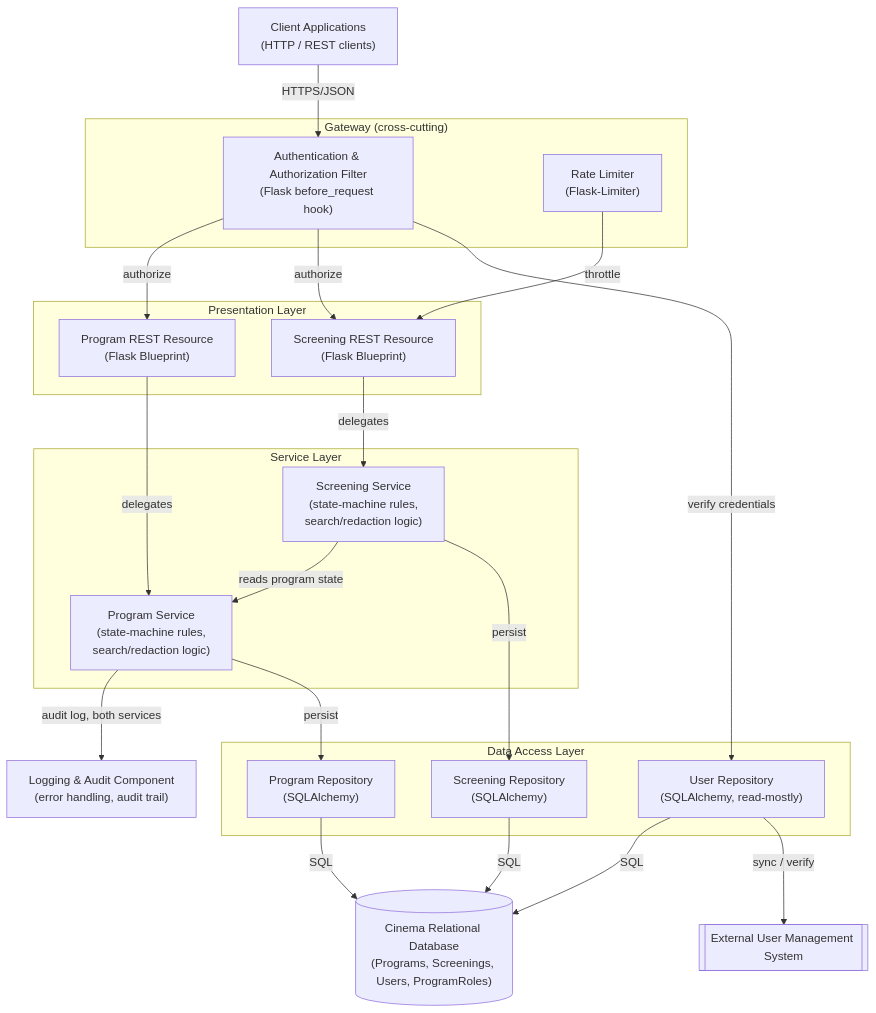
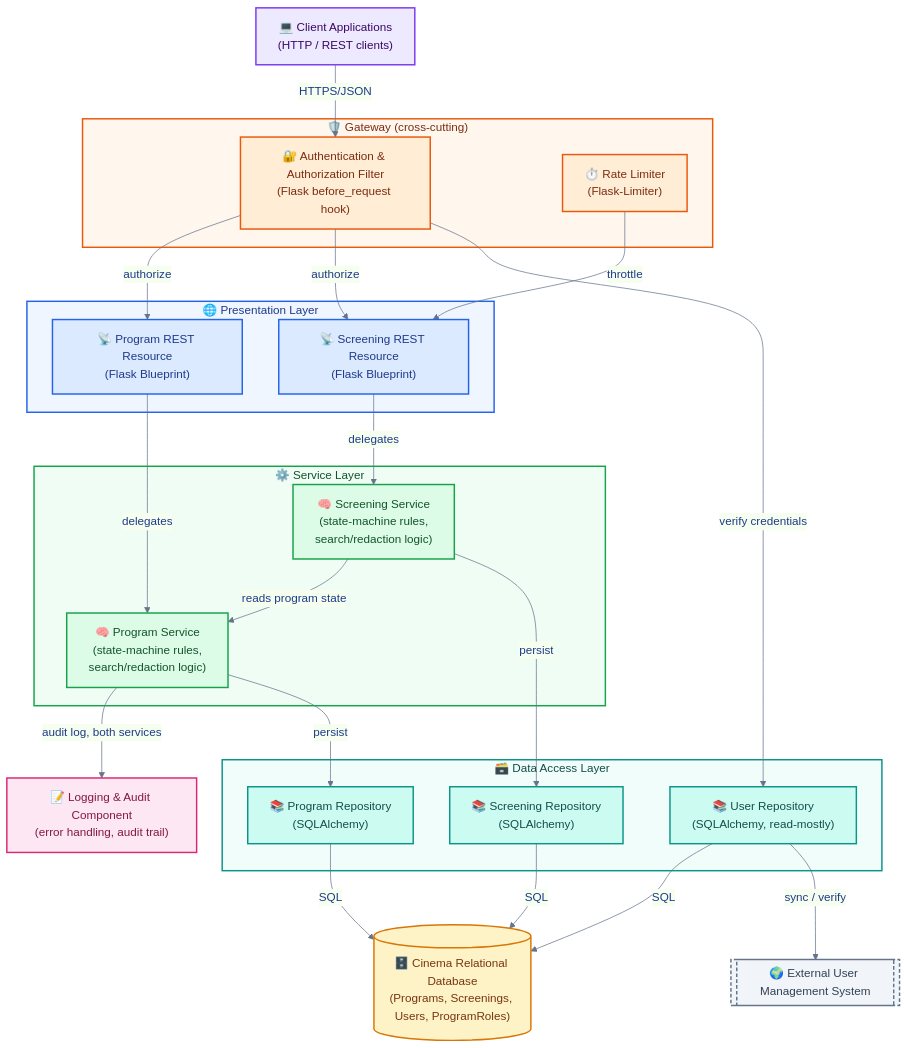
Before and after one commit to Volanakis/SoftwareEngineering101: the diagram in diagrams/04-component-diagram.md, drawn with Mermaid.

Commit message:
Enhance component diagram with emoji icons and improve styling for better visual representation

````diff
--- a/diagrams/04-component-diagram.md
+++ b/diagrams/04-component-diagram.md
@@ -5,46 +5,70 @@
 ```mermaid
+%%{init: {'theme':'base', 'themeVariables': {'fontFamily':'Segoe UI, sans-serif', 'primaryColor':'#eff6ff', 'primaryBorderColor':'#2563eb', 'primaryTextColor':'#1e3a8a', 'lineColor':'#64748b'}}}%%
 flowchart TD
-    Client["Client Applications<br/>(HTTP / REST clients)"]
+    Client["💻 Client Applications<br/>(HTTP / REST clients)"]
 
-    subgraph GW["Gateway (cross-cutting)"]
-        Auth["Authentication & Authorization Filter<br/>(Flask before_request hook)"]
-        Rate["Rate Limiter<br/>(Flask-Limiter)"]
+    subgraph GW["🛡️ Gateway (cross-cutting)"]
+        Auth["🔐 Authentication & Authorization Filter<br/>(Flask before_request hook)"]
+        Rate["⏱️ Rate Limiter<br/>(Flask-Limiter)"]
     end
 
-    subgraph REST["Presentation Layer"]
-        ProgRes["Program REST Resource<br/>(Flask Blueprint)"]
-        ScrRes["Screening REST Resource<br/>(Flask Blueprint)"]
+    subgraph REST["🌐 Presentation Layer"]
+        ProgRes["📡 Program REST Resource<br/>(Flask Blueprint)"]
+        ScrRes["📡 Screening REST Resource<br/>(Flask Blueprint)"]
     end
 
-    subgraph SVC["Service Layer"]
-        ProgSvc["Program Service<br/>(state-machine rules,<br/>search/redaction logic)"]
-        ScrSvc["Screening Service<br/>(state-machine rules,<br/>search/redaction logic)"]
+    subgraph SVC["⚙️ Service Layer"]
+        ProgSvc["🧠 Program Service<br/>(state-machine rules,<br/>search/redaction logic)"]
+        ScrSvc["🧠 Screening Service<br/>(state-machine rules,<br/>search/redaction logic)"]
     end
 
-    Log["Logging & Audit Component<br/>(error handling, audit trail)"]
+    Log["📝 Logging & Audit Component<br/>(error handling, audit trail)"]
 
-    subgraph REPO["Data Access Layer"]
-        ProgRepo["Program Repository<br/>(SQLAlchemy)"]
-        ScrRepo["Screening Repository<br/>(SQLAlchemy)"]
-        UserRepo["User Repository<br/>(SQLAlchemy, read-mostly)"]
+    subgraph REPO["🗃️ Data Access Layer"]
+        ProgRepo["📚 Program Repository<br/>(SQLAlchemy)"]
+        ScrRepo["📚 Screening Repository<br/>(SQLAlchemy)"]
+        UserRepo["📚 User Repository<br/>(SQLAlchemy, read-mostly)"]
     end
 
-    DB[("Cinema Relational Database<br/>(Programs, Screenings, Users, ProgramRoles)")]
-    Ext[["External User Management System"]]
+    DB[("🗄️ Cinema Relational Database<br/>(Programs, Screenings, Users, ProgramRoles)")]
+    Ext[["🌍 External User Management System"]]
 
     Client -->|"HTTPS/JSON"| Auth
     Auth -->|"authorize"| ProgRes
     Auth -->|"authorize"| ScrRes
     Rate -->|"throttle"| ScrRes
     Auth -->|"verify credentials"| UserRepo
     ProgRes -->|"delegates"| ProgSvc
     ScrRes -->|"delegates"| ScrSvc
     ScrSvc -->|"reads program state"| ProgSvc
     ProgSvc -->|"audit log, both services"| Log
     ProgSvc -->|"persist"| ProgRepo
     ScrSvc -->|"persist"| ScrRepo
     ProgRepo -->|"SQL"| DB
     ScrRepo -->|"SQL"| DB
     UserRepo -->|"SQL"| DB
     UserRepo -->|"sync / verify"| Ext
+
+    classDef client fill:#ede9fe,stroke:#7c3aed,stroke-width:2px,color:#3b0764
+    classDef gateway fill:#ffedd5,stroke:#ea580c,stroke-width:2px,color:#7c2d12
+    classDef presentation fill:#dbeafe,stroke:#2563eb,stroke-width:2px,color:#1e3a8a
+    classDef service fill:#dcfce7,stroke:#16a34a,stroke-width:2px,color:#14532d
+    classDef logging fill:#fce7f3,stroke:#db2777,stroke-width:2px,color:#831843
+    classDef repo fill:#ccfbf1,stroke:#0d9488,stroke-width:2px,color:#134e4a
+    classDef datastore fill:#fef3c7,stroke:#d97706,stroke-width:2px,color:#78350f
+    classDef external fill:#f1f5f9,stroke:#64748b,stroke-width:2px,stroke-dasharray:5 3,color:#334155
+
+    style GW fill:#fff7ed,stroke:#ea580c,stroke-width:2px,color:#7c2d12
+    style REST fill:#eff6ff,stroke:#2563eb,stroke-width:2px,color:#1e3a8a
+    style SVC fill:#f0fdf4,stroke:#16a34a,stroke-width:2px,color:#14532d
+    style REPO fill:#f0fdfa,stroke:#0d9488,stroke-width:2px,color:#134e4a
+
+    class Client client
+    class Auth,Rate gateway
+    class ProgRes,ScrRes presentation
+    class ProgSvc,ScrSvc service
+    class Log logging
+    class ProgRepo,ScrRepo,UserRepo repo
+    class DB datastore
+    class Ext external
 ```
````
